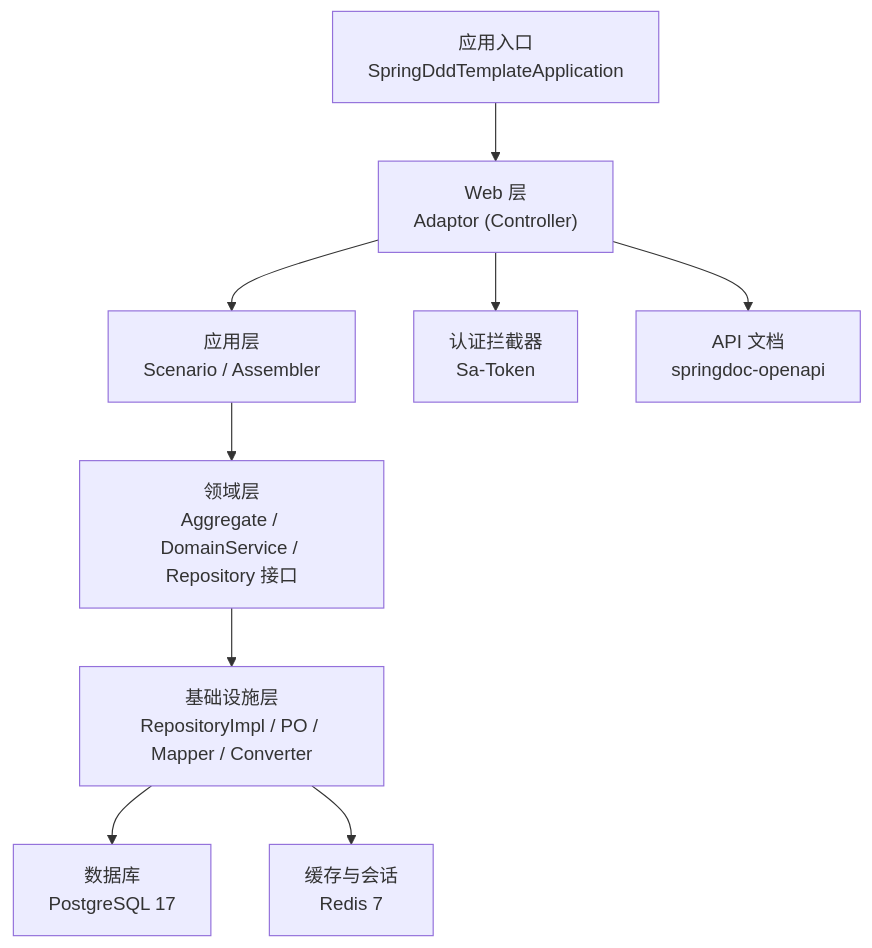
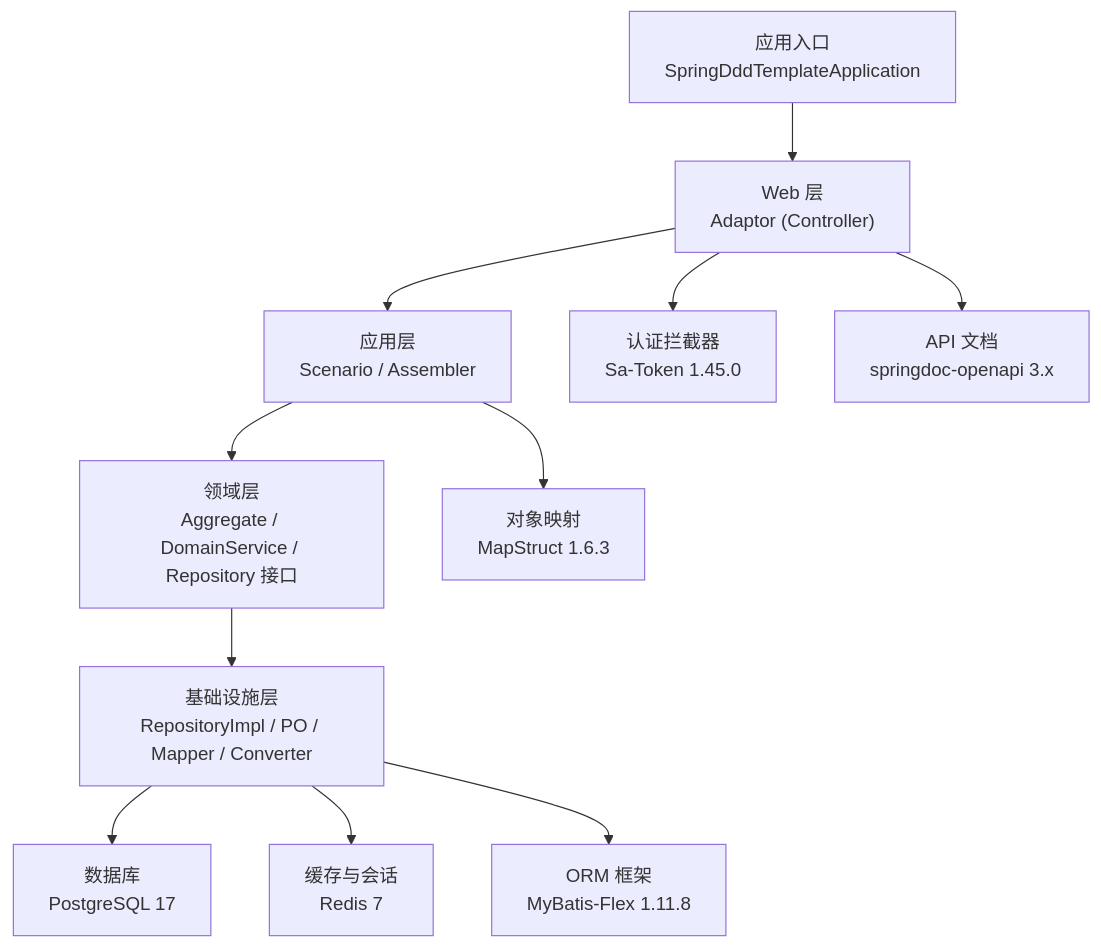
One commit to sunnaoxixi/spring-ddd-template changed the first of 6 diagrams in .qoder/repowiki/zh/content/项目概述/技术栈概览.md. Above: the diagram before and after it, drawn with Mermaid. The commit also changed other lines of this file and 91 other files, not shown here.

````diff
--- a/.qoder/repowiki/zh/content/项目概述/技术栈概览.md
+++ b/.qoder/repowiki/zh/content/项目概述/技术栈概览.md
@@ -34,11 +47,13 @@
 ```mermaid
 graph TB
 A["应用入口<br/>SpringDddTemplateApplication"] --> B["Web 层<br/>Adaptor (Controller)"]
 B --> C["应用层<br/>Scenario / Assembler"]
 C --> D["领域层<br/>Aggregate / DomainService / Repository 接口"]
 D --> E["基础设施层<br/>RepositoryImpl / PO / Mapper / Converter"]
 E --> F["数据库<br/>PostgreSQL 17"]
 E --> G["缓存与会话<br/>Redis 7"]
-B --> H["认证拦截器<br/>Sa-Token"]
-B --> I["API 文档<br/>springdoc-openapi"]
+B --> H["认证拦截器<br/>Sa-Token 1.45.0"]
+B --> I["API 文档<br/>springdoc-openapi 3.x"]
+C --> J["对象映射<br/>MapStruct 1.6.3"]
+E --> K["ORM 框架<br/>MyBatis-Flex 1.11.8"]
 ```
````
